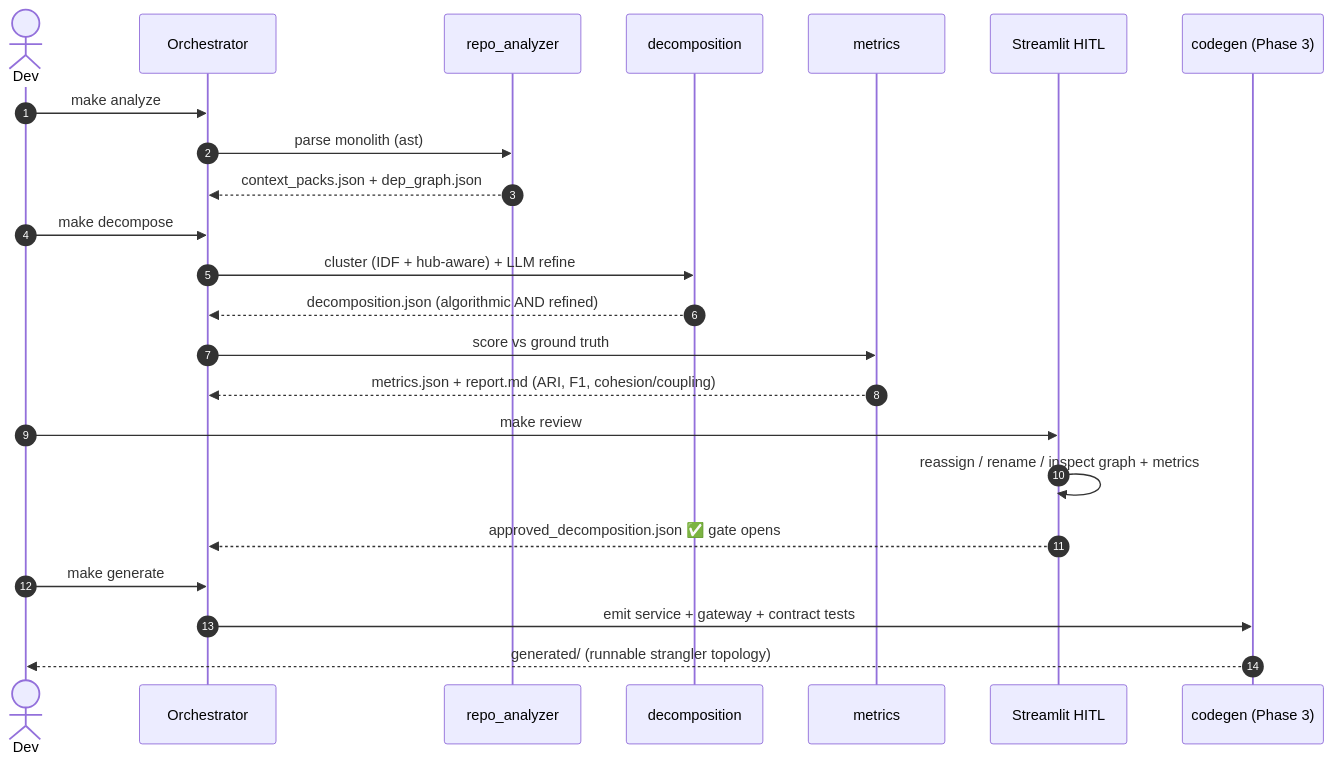
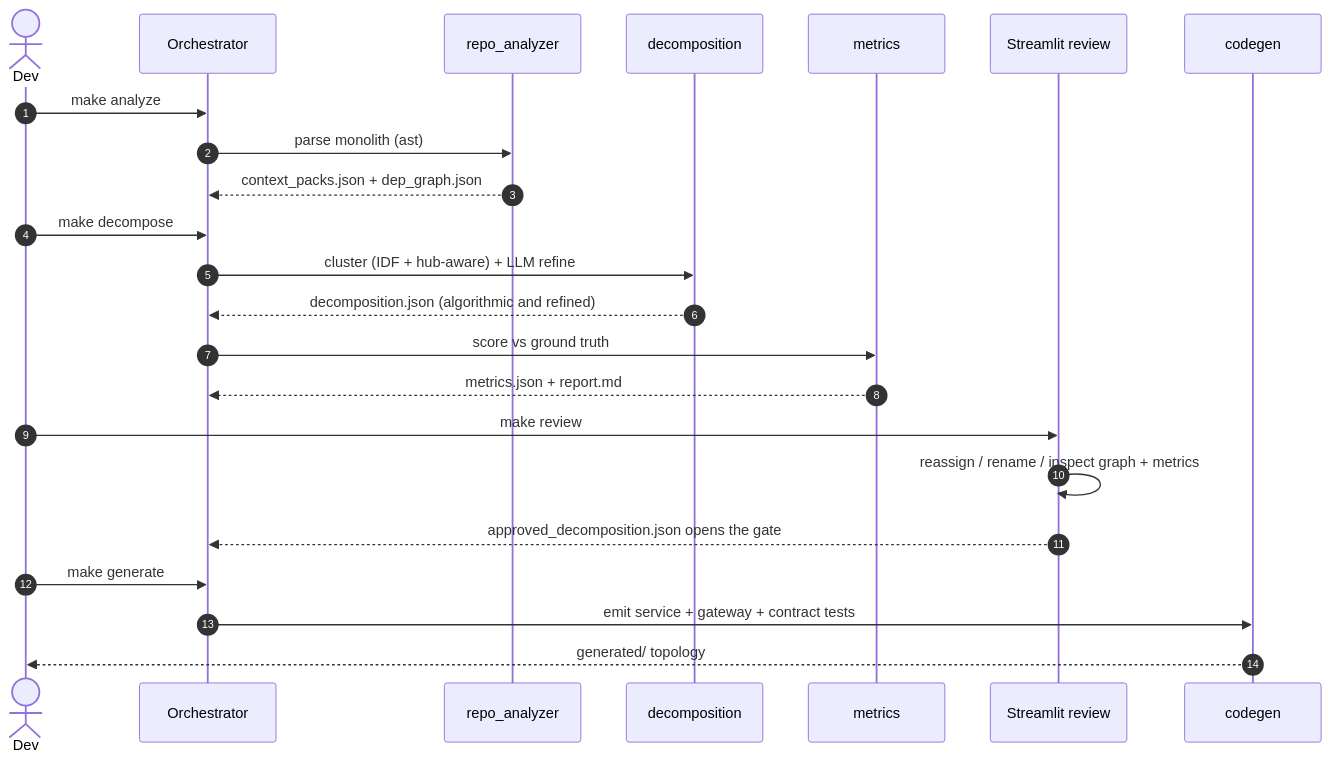
Before and after one commit to vivek-kumar9/mono2micro: the second of 4 diagrams in README.md, drawn with Mermaid. The commit also changed other lines of this file and 1 other file, not shown here.

````diff
--- a/README.md
+++ b/README.md
@@ -82,26 +75,26 @@
 ```mermaid
 sequenceDiagram
     autonumber
     actor Dev
     participant O as Orchestrator
     participant RA as repo_analyzer
     participant DE as decomposition
     participant MT as metrics
-    participant UI as Streamlit HITL
-    participant CG as codegen (Phase 3)
+    participant UI as Streamlit review
+    participant CG as codegen
 
     Dev->>O: make analyze
     O->>RA: parse monolith (ast)
     RA-->>O: context_packs.json + dep_graph.json
     Dev->>O: make decompose
     O->>DE: cluster (IDF + hub-aware) + LLM refine
-    DE-->>O: decomposition.json (algorithmic AND refined)
+    DE-->>O: decomposition.json (algorithmic and refined)
     O->>MT: score vs ground truth
-    MT-->>O: metrics.json + report.md (ARI, F1, cohesion/coupling)
+    MT-->>O: metrics.json + report.md
     Dev->>UI: make review
     UI->>UI: reassign / rename / inspect graph + metrics
-    UI-->>O: approved_decomposition.json  ✅ gate opens
+    UI-->>O: approved_decomposition.json opens the gate
     Dev->>O: make generate
     O->>CG: emit service + gateway + contract tests
-    CG-->>Dev: generated/ (runnable strangler topology)
+    CG-->>Dev: generated/ topology
 ```
````
